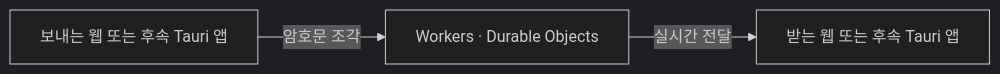
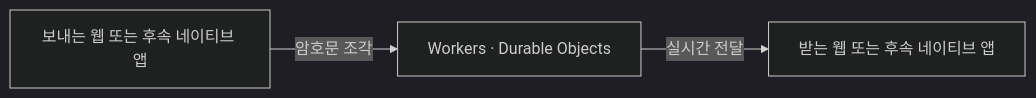
One commit to mabyko/EnvHandoff changed the second of 2 diagrams in docs/product-plan.md. Above: the diagram before and after it, drawn with Mermaid (dark theme). The commit also changed other lines of this file and 13 other files, not shown here.

````diff
--- a/docs/product-plan.md
+++ b/docs/product-plan.md
@@ -176,5 +178,5 @@
 ```mermaid
 flowchart LR
-  S[보내는 웹 또는 후속 Tauri 앱] -->|암호문 조각| R[Workers · Durable Objects]
-  R -->|실시간 전달| D[받는 웹 또는 후속 Tauri 앱]
+  S[보내는 웹 또는 후속 네이티브 앱] -->|암호문 조각| R[Workers · Durable Objects]
+  R -->|실시간 전달| D[받는 웹 또는 후속 네이티브 앱]
 ```
````
